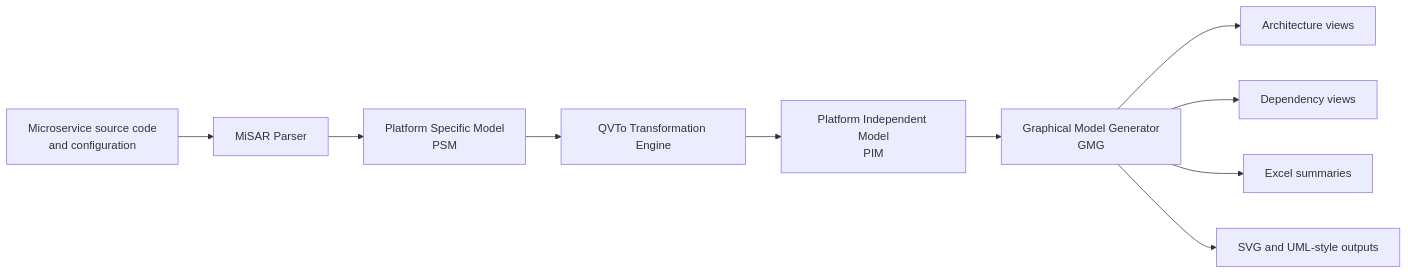
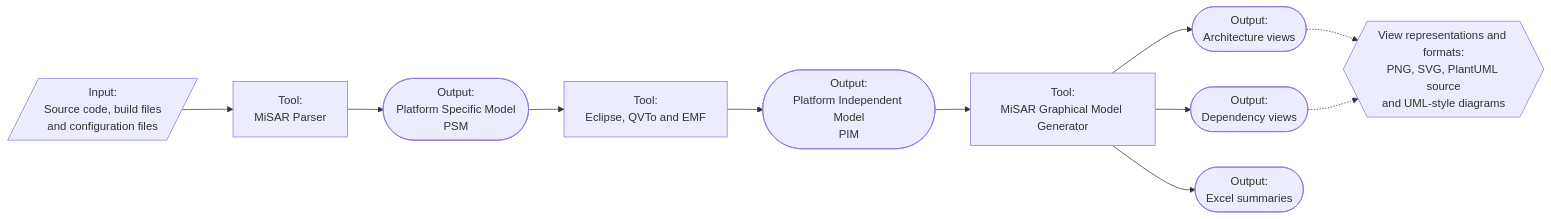
The diagram in README.md (MicroServiceArchitectureRecovery/misar), drawn with Mermaid before and after one commit. The commit also changed other lines of this file, not shown here.

Commit message:
docs: update workflow diagram in README for clarity and detail

````diff
--- a/README.md
+++ b/README.md
@@ -12,12 +13,26 @@
 ```mermaid
 flowchart LR
-    A[Microservice source code<br/>and configuration] --> B[MiSAR Parser]
-    B --> C[Platform Specific Model<br/>PSM]
-    C --> D[QVTo Transformation Engine]
-    D --> E[Platform Independent Model<br/>PIM]
-    E --> F[Graphical Model Generator<br/>GMG]
-    F --> G[Architecture views]
-    F --> H[Dependency views]
-    F --> I[Excel summaries]
-    F --> J[SVG and UML-style outputs]
+    INPUT[/Input:<br/>Source code, build files<br/>and configuration files/]
+    PARSER[Tool:<br/>MiSAR Parser]
+    PSM([Output:<br/>Platform Specific Model<br/>PSM])
+    QVTO[Tool:<br/>Eclipse, QVTo and EMF]
+    PIM([Output:<br/>Platform Independent Model<br/>PIM])
+    GMG[Tool:<br/>MiSAR Graphical Model Generator]
+    ARCH([Output:<br/>Architecture views])
+    DEP([Output:<br/>Dependency views])
+    XLS([Output:<br/>Excel summaries])
+    FORMATS{{View representations and formats:<br/>PNG, SVG, PlantUML source<br/>and UML-style diagrams}}
+
+    INPUT --> PARSER
+    PARSER --> PSM
+    PSM --> QVTO
+    QVTO --> PIM
+    PIM --> GMG
+
+    GMG --> ARCH
+    GMG --> DEP
+    GMG --> XLS
+
+    ARCH -.-> FORMATS
+    DEP -.-> FORMATS
 ```
````
